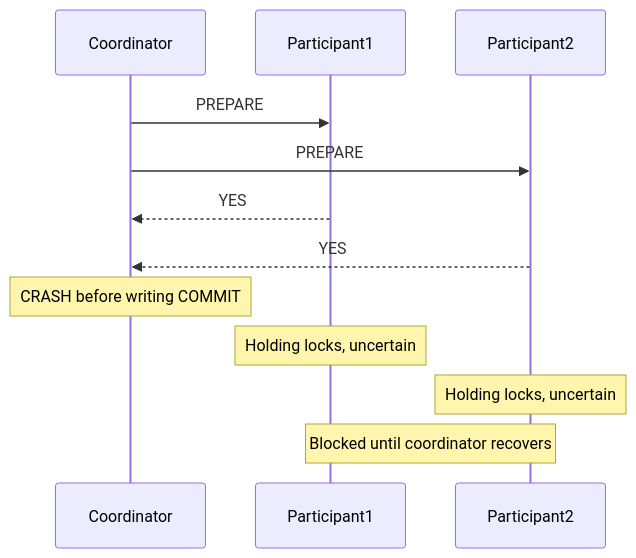
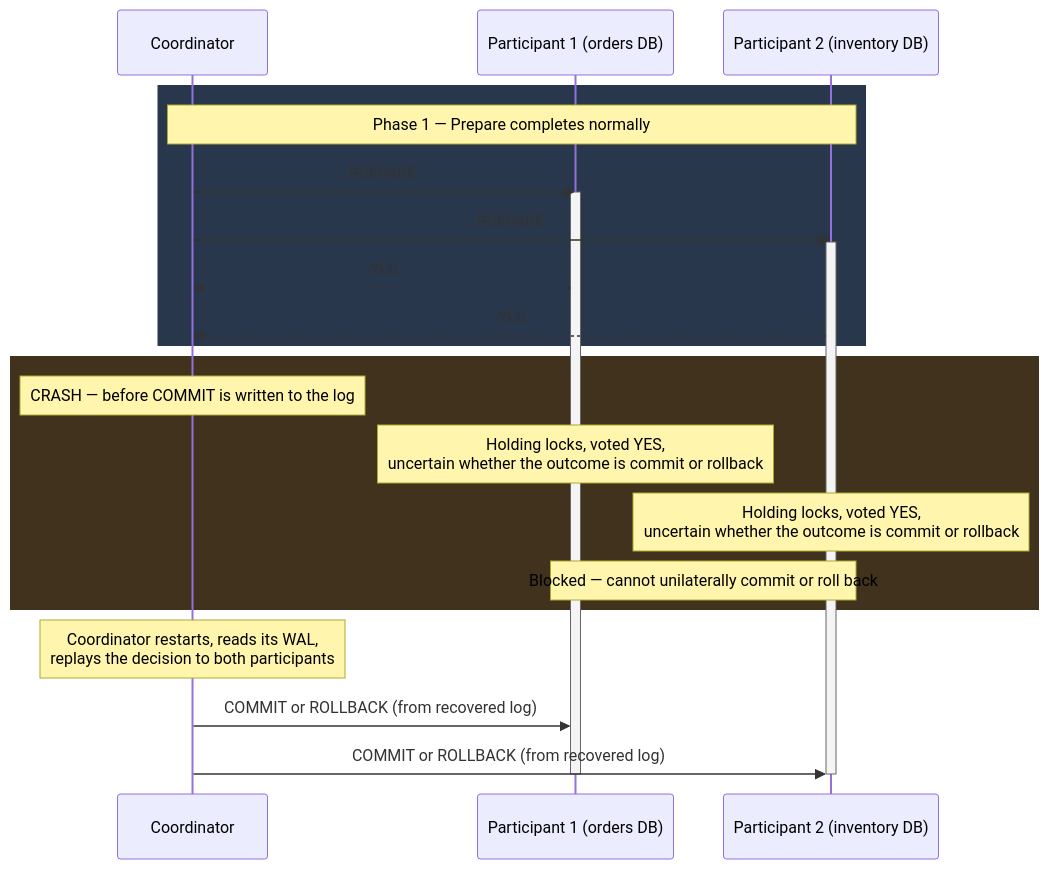
Before and after one commit to deepanshu-rawat6/DevOpsIndex: the fourth of 9 diagrams in system-design/distributed-transactions.md, drawn with Mermaid. The commit also changed other lines of this file and 8 other files, not shown here.

````diff
--- a/system-design/distributed-transactions.md
+++ b/system-design/distributed-transactions.md
@@ -75,15 +153,29 @@
 ```mermaid
 sequenceDiagram
     participant C as Coordinator
-    participant P1 as Participant1
-    participant P2 as Participant2
+    participant P1 as Participant 1 (orders DB)
+    participant P2 as Participant 2 (inventory DB)
 
+    rect rgb(40, 55, 75)
+    Note over C,P2: Phase 1 — Prepare completes normally
     C->>P1: PREPARE
+    activate P1
     C->>P2: PREPARE
+    activate P2
     P1-->>C: YES
     P2-->>C: YES
-    Note over C: CRASH before writing COMMIT
-    Note over P1: Holding locks, uncertain
-    Note over P2: Holding locks, uncertain
-    Note over P1,P2: Blocked until coordinator recovers
+    end
+
+    rect rgb(65, 50, 30)
+    Note over C: CRASH — before COMMIT is written to the log
+    Note over P1: Holding locks, voted YES,<br/>uncertain whether the outcome is commit or rollback
+    Note over P2: Holding locks, voted YES,<br/>uncertain whether the outcome is commit or rollback
+    Note over P1,P2: Blocked — cannot unilaterally commit or roll back
+    end
+
+    Note over C: Coordinator restarts, reads its WAL,<br/>replays the decision to both participants
+    C->>P1: COMMIT or ROLLBACK (from recovered log)
+    C->>P2: COMMIT or ROLLBACK (from recovered log)
+    deactivate P1
+    deactivate P2
 ```
````
